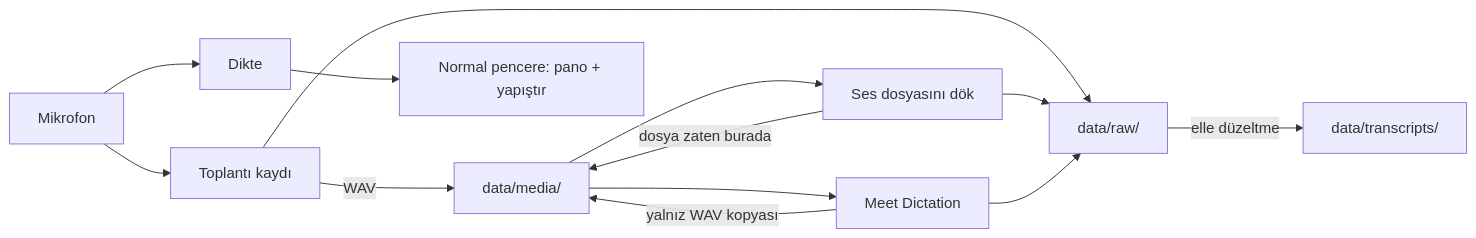
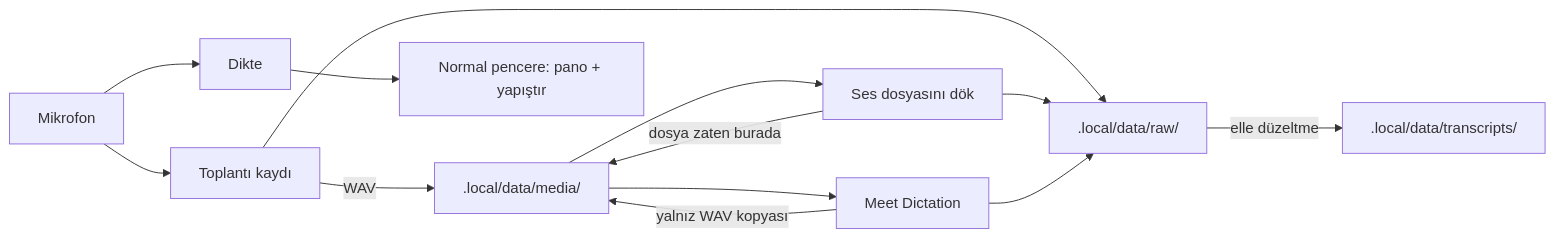
The diagram in docs/nasil-calisir.md (yigitkumral/VoiceDictation), drawn with Mermaid before and after one commit. The commit also changed other lines of this file and 44 other files, not shown here.

````diff
--- a/docs/nasil-calisir.md
+++ b/docs/nasil-calisir.md
@@ -11,15 +13,15 @@
 ```mermaid
 flowchart LR
     Mic[Mikrofon] --> D[Dikte]
     Mic --> T[Toplantı kaydı]
-    Media[data/media/] --> F[Ses dosyasını dök]
+    Media[.local/data/media/] --> F[Ses dosyasını dök]
     Media --> M[Meet Dictation]
     D --> P[Normal pencere: pano + yapıştır]
     T -->|WAV| Media
-    T --> R[data/raw/]
+    T --> R[.local/data/raw/]
     F -->|dosya zaten burada| Media
     F --> R
     M -->|yalnız WAV kopyası| Media
     M --> R
-    R -->|elle düzeltme| TR[data/transcripts/]
+    R -->|elle düzeltme| TR[.local/data/transcripts/]
 ```
````
